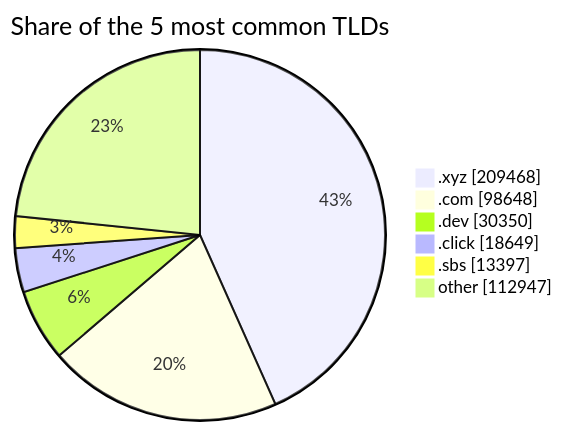
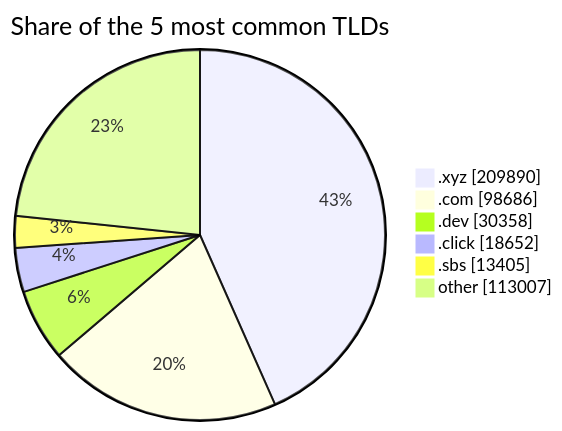
One commit to DNSBunker/CTI changed the third of 3 diagrams in README.md. Above: the diagram before and after it, drawn with Mermaid. The commit also changed other lines of this file and 3 other files, not shown here.

````diff
--- a/README.md
+++ b/README.md
@@ -81,9 +81,9 @@
 ```mermaid
 pie showData title Share of the 5 most common TLDs
-    ".xyz" : 209468
-    ".com" : 98648
-    ".dev" : 30350
-    ".click" : 18649
-    ".sbs" : 13397
-    "other" : 112947
+    ".xyz" : 209890
+    ".com" : 98686
+    ".dev" : 30358
+    ".click" : 18652
+    ".sbs" : 13405
+    "other" : 113007
 ```
````
